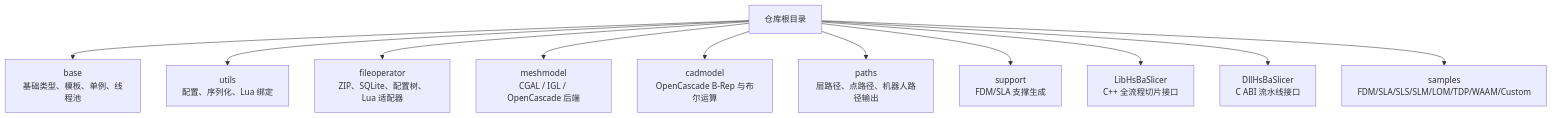
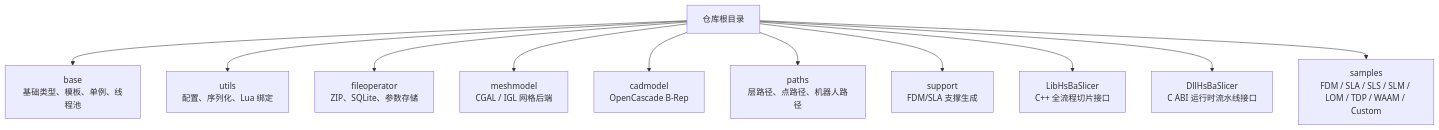
One commit to hsmbanlance/HsBaSlicer changed the first of 10 diagrams in .qoder/repowiki/zh/content/项目概述与快速开始.md. Above: the diagram before and after it, drawn with Mermaid. The commit also changed other lines of this file and 1095 other files, not shown here.

````diff
--- a/.qoder/repowiki/zh/content/项目概述与快速开始.md
+++ b/.qoder/repowiki/zh/content/项目概述与快速开始.md
@@ -39,13 +48,24 @@
 ```mermaid
 graph TB
-Root["仓库根目录"] --> Base["base<br/>基础类型、模板、单例、线程池"]
-Root --> Utils["utils<br/>配置、序列化、Lua 绑定"]
-Root --> FileOp["fileoperator<br/>ZIP、SQLite、配置树、Lua 适配器"]
-Root --> Mesh["meshmodel<br/>CGAL / IGL / OpenCascade 后端"]
-Root --> CAD["cadmodel<br/>OpenCascade B-Rep 与布尔运算"]
-Root --> Paths["paths<br/>层路径、点路径、机器人路径输出"]
-Root --> Support["support<br/>FDM/SLA 支撑生成"]
-Root --> Lib["LibHsBaSlicer<br/>C++ 全流程切片接口"]
-Root --> Dll["DllHsBaSlicer<br/>C ABI 流水线接口"]
-Root --> Samples["samples<br/>FDM/SLA/SLS/SLM/LOM/TDP/WAAM/Custom"]
+Root["仓库根目录"]
+Base["base<br/>基础类型、模板、单例、线程池"]
+Utils["utils<br/>配置、序列化、Lua 绑定"]
+FileOperator["fileoperator<br/>ZIP、SQLite、参数存储"]
+MeshModel["meshmodel<br/>CGAL / IGL 网格后端"]
+CadModel["cadmodel<br/>OpenCascade B-Rep"]
+Paths["paths<br/>层路径、点路径、机器人路径"]
+Support["support<br/>FDM/SLA 支撑生成"]
+LibHsBaSlicer["LibHsBaSlicer<br/>C++ 全流程切片接口"]
+DllHsBaSlicer["DllHsBaSlicer<br/>C ABI 运行时流水线接口"]
+Samples["samples<br/>FDM / SLA / SLS / SLM / LOM / TDP / WAAM / Custom"]
+Root --> Base
+Root --> Utils
+Root --> FileOperator
+Root --> MeshModel
+Root --> CadModel
+Root --> Paths
+Root --> Support
+Root --> LibHsBaSlicer
+Root --> DllHsBaSlicer
+Root --> Samples
 ```
````
